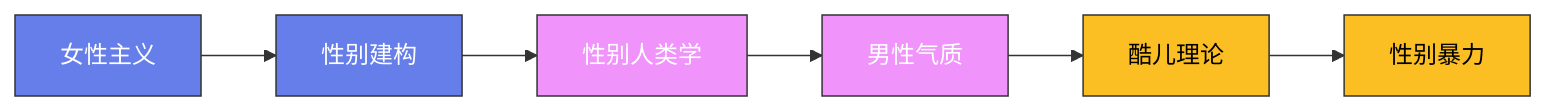
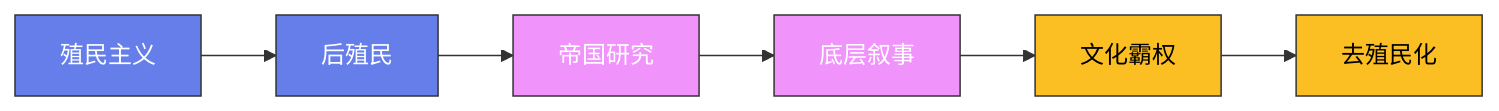
The diagram in content/posts/ModelCreate/人类学/16-应用人类学.md (Fengur/Fengur.github.io), drawn with Mermaid before and after one commit. The commit also changed other lines of this file and 118 other files, not shown here.

````diff
--- a/content/posts/ModelCreate/人类学/16-应用人类学.md
+++ b/content/posts/ModelCreate/人类学/16-应用人类学.md
@@ -21,16 +20,16 @@
 ```mermaid
 graph LR
-    A["女性主义"] --> B["性别建构"]
-    B --> C["性别人类学"]
-    C --> D["男性气质"]
-    D --> E["酷儿理论"]
-    E --> F["性别暴力"]
+    A["殖民主义"] --> B["后殖民"]
+    B --> C["帝国研究"]
+    C --> D["底层叙事"]
+    D --> E["文化霸权"]
+    E --> F["去殖民化"]
 
     classDef early fill:#667eea,stroke:#333,color:white
     classDef mid fill:#f093fb,stroke:#333,color:white
     classDef modern fill:#fbbf24,stroke:#333,color:black
 
     class A,B early
     class C,D mid
     class E,F modern
 ```
````
